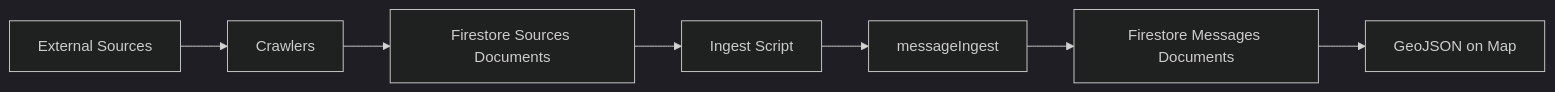
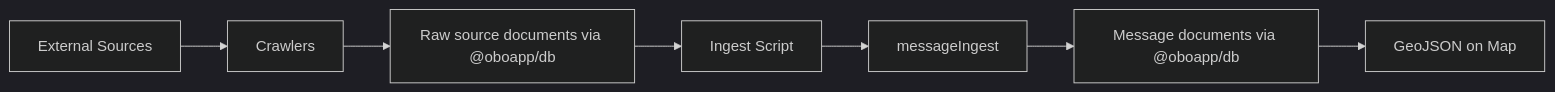
One commit to vbuch/oboapp changed the diagram in ingest/crawlers/README.md. Above: the diagram before and after it, drawn with Mermaid (dark theme). The commit also changed other lines of this file and 1 other file, not shown here.

Commit message:
docs(ingest): describe the district source integrations

````diff
--- a/ingest/crawlers/README.md
+++ b/ingest/crawlers/README.md
@@ -115,9 +119,9 @@
 ```mermaid
 flowchart LR
     A[External Sources] --> B[Crawlers]
-    B --> C[Firestore Sources Documents]
+    B --> C[Raw source documents via @oboapp/db]
     C --> D[Ingest Script]
     D --> E[messageIngest]
-    E --> F[Firestore Messages Documents]
+    E --> F[Message documents via @oboapp/db]
     F --> G[GeoJSON on Map]
 ```
````
